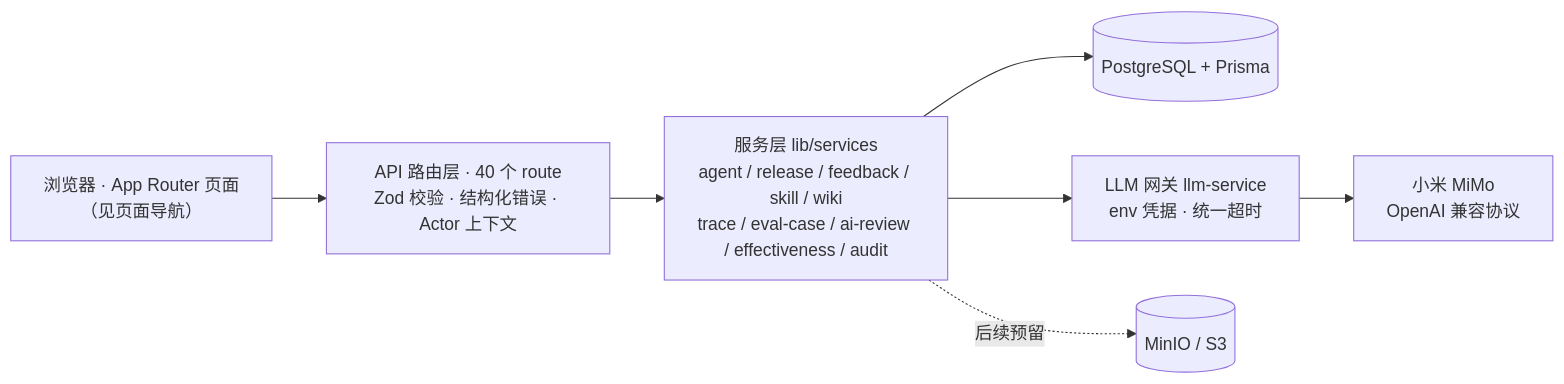
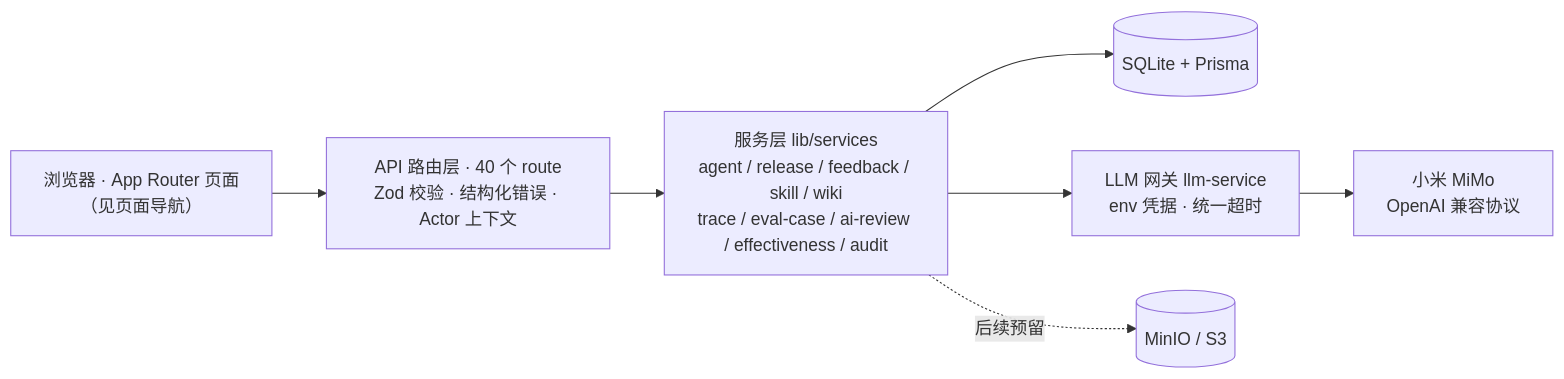
Before and after one commit to ai-guru-global/agent-up: the first of 2 diagrams in README.md, drawn with Mermaid. The commit also changed other lines of this file and 58 other files, not shown here.

First line of the commit message:
feat(db): 存储层迁移 PostgreSQL → SQLite 单文件——全量 447 测试首次本机跑通

````diff
--- a/README.md
+++ b/README.md
@@ -143,9 +142,9 @@
 ```mermaid
 flowchart LR
     P["浏览器 · App Router 页面<br/>（见页面导航）"] --> A["API 路由层 · 40 个 route<br/>Zod 校验 · 结构化错误 · Actor 上下文"]
     A --> S["服务层 lib/services<br/>agent / release / feedback / skill / wiki<br/>trace / eval-case / ai-review / effectiveness / audit"]
-    S --> DB[("PostgreSQL + Prisma")]
+    S --> DB[("SQLite + Prisma")]
     S --> L["LLM 网关 llm-service<br/>env 凭据 · 统一超时"]
     L --> M["小米 MiMo<br/>OpenAI 兼容协议"]
     S -. 后续预留 .-> O[("MinIO / S3")]
 ```
````
